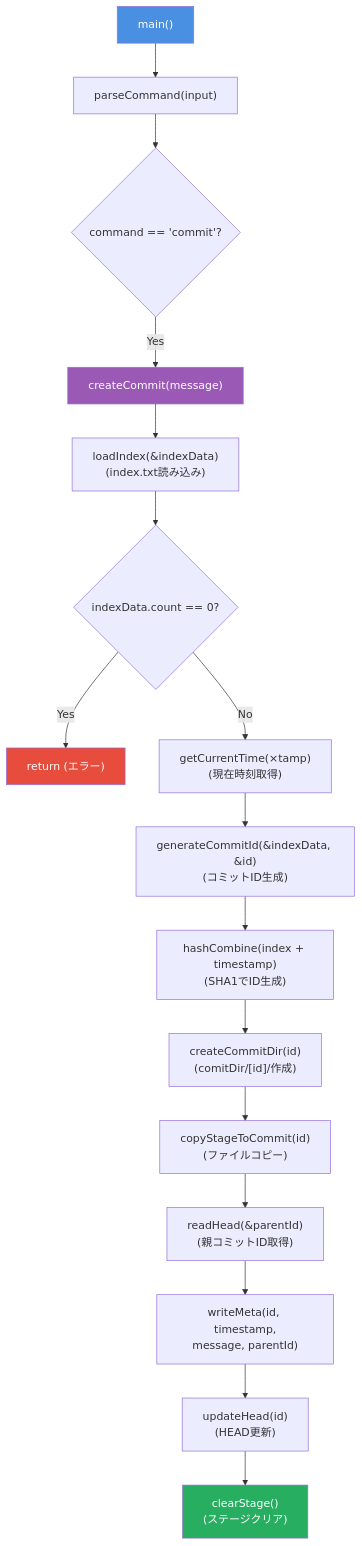
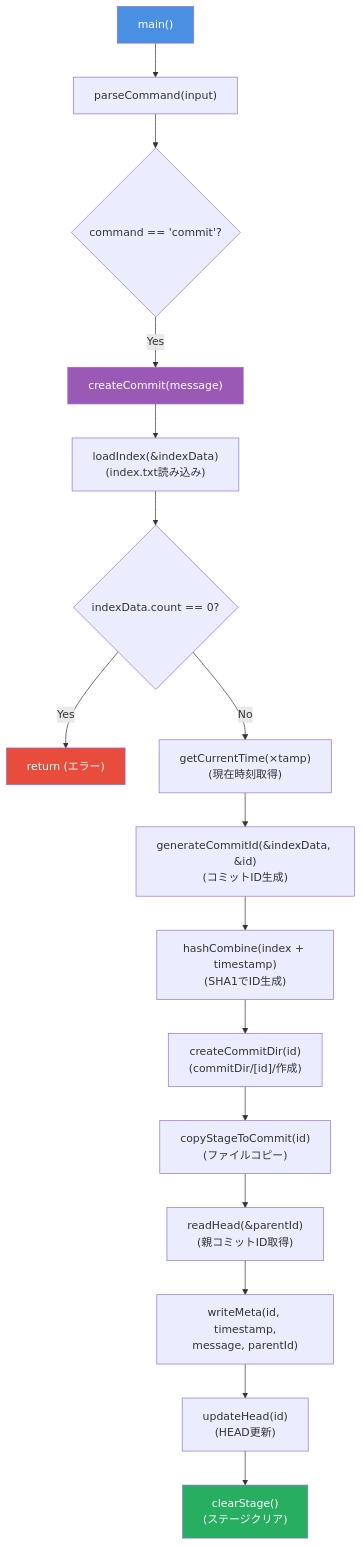
The fifth of 6 diagrams in DESIGN.md (yuu61/pro2kojin), drawn with Mermaid before and after one commit. The commit also changed other lines of this file, not shown here.

Commit message:
Fix spelling error: comitDir -> commitDir

````diff
--- a/DESIGN.md
+++ b/DESIGN.md
@@ -241,23 +241,23 @@
 ```mermaid
 flowchart TD
     A["main()"] --> B["parseCommand(input)"]
     B --> C{"command == 'commit'?"}
     C -->|Yes| D["createCommit(message)"]
     D --> E["loadIndex(&indexData)<br/>(index.txt読み込み)"]
     E --> F{"indexData.count == 0?"}
     F -->|Yes| G["return (エラー)"]
     F -->|No| H["getCurrentTime(&timestamp)<br/>(現在時刻取得)"]
     H --> I["generateCommitId(&indexData, &id)<br/>(コミットID生成)"]
     I --> J["hashCombine(index + timestamp)<br/>(SHA1でID生成)"]
-    J --> K["createCommitDir(id)<br/>(comitDir/[id]/作成)"]
+    J --> K["createCommitDir(id)<br/>(commitDir/[id]/作成)"]
     K --> L["copyStageToCommit(id)<br/>(ファイルコピー)"]
     L --> M["readHead(&parentId)<br/>(親コミットID取得)"]
     M --> N["writeMeta(id, timestamp,<br/>message, parentId)"]
     N --> O["updateHead(id)<br/>(HEAD更新)"]
     O --> P["clearStage()<br/>(ステージクリア)"]
 
     style A fill:#4A90E2,color:#fff
     style D fill:#9B59B6,color:#fff
     style G fill:#E74C3C,color:#fff
     style P fill:#27AE60,color:#fff
 ```
````
